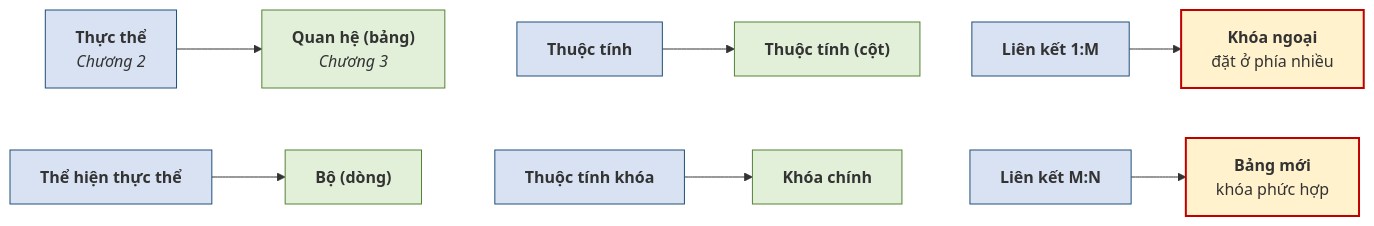
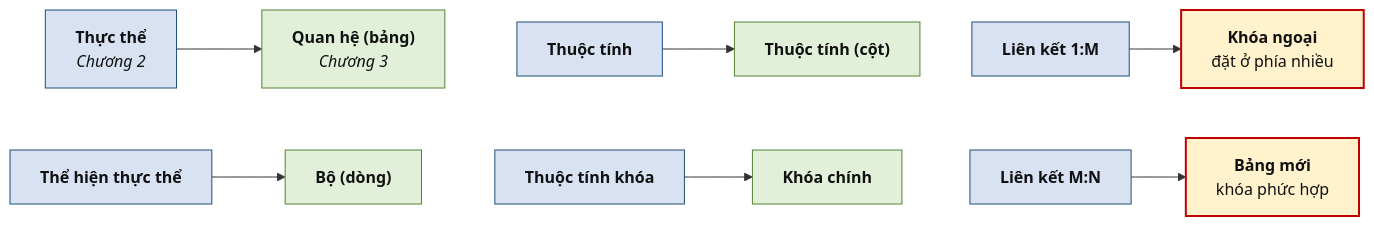
One commit to CuongNguyenDAU/csdl-dbs201 changed the diagram in docs/chuong-3/3-1-quan-he-bo-thuoc-tinh-va-mien-gia-tri.md. Above: the diagram before and after it, drawn with Mermaid. The commit also changed other lines of this file and 123 other files, not shown here.

Commit message:
Cập nhật bài giảng v7: sơ đồ ER ký pháp Chen, hình minh họa tự vẽ, mở rộng toàn diện Chương 5 và bổ sung lời giải A4, B5

````diff
--- a/docs/chuong-3/3-1-quan-he-bo-thuoc-tinh-va-mien-gia-tri.md
+++ b/docs/chuong-3/3-1-quan-he-bo-thuoc-tinh-va-mien-gia-tri.md
@@ -132,25 +128,25 @@
 ```mermaid
 flowchart LR
     E1["<b>Thực thể</b><br/><i>Chương 2</i>"] --> R1["<b>Quan hệ (bảng)</b><br/><i>Chương 3</i>"]
     E2["<b>Thể hiện thực thể</b>"] --> R2["<b>Bộ (dòng)</b>"]
     E3["<b>Thuộc tính</b>"] --> R3["<b>Thuộc tính (cột)</b>"]
     E4["<b>Thuộc tính khóa</b>"] --> R4["<b>Khóa chính</b>"]
     E5["<b>Liên kết 1:M</b>"] --> R5["<b>Khóa ngoại</b><br/>đặt ở phía nhiều"]
     E6["<b>Liên kết M:N</b>"] --> R6["<b>Bảng mới</b><br/>khóa phức hợp"]
     R1 ~~~ E3
     R3 ~~~ E5
     R2 ~~~ E4
     R4 ~~~ E6
-    style E1 fill:#D9E2F3,stroke:#1F4E79
-    style E2 fill:#D9E2F3,stroke:#1F4E79
-    style E3 fill:#D9E2F3,stroke:#1F4E79
-    style E4 fill:#D9E2F3,stroke:#1F4E79
-    style E5 fill:#D9E2F3,stroke:#1F4E79
-    style E6 fill:#D9E2F3,stroke:#1F4E79
-    style R1 fill:#E2F0D9,stroke:#548235
-    style R2 fill:#E2F0D9,stroke:#548235
-    style R3 fill:#E2F0D9,stroke:#548235
-    style R4 fill:#E2F0D9,stroke:#548235
-    style R5 fill:#FFF2CC,stroke:#C00000,stroke-width:2px
-    style R6 fill:#FFF2CC,stroke:#C00000,stroke-width:2px
+    style E1 fill:#D9E2F3,stroke:#1F4E79,color:#111111
+    style E2 fill:#D9E2F3,stroke:#1F4E79,color:#111111
+    style E3 fill:#D9E2F3,stroke:#1F4E79,color:#111111
+    style E4 fill:#D9E2F3,stroke:#1F4E79,color:#111111
+    style E5 fill:#D9E2F3,stroke:#1F4E79,color:#111111
+    style E6 fill:#D9E2F3,stroke:#1F4E79,color:#111111
+    style R1 fill:#E2F0D9,stroke:#548235,color:#111111
+    style R2 fill:#E2F0D9,stroke:#548235,color:#111111
+    style R3 fill:#E2F0D9,stroke:#548235,color:#111111
+    style R4 fill:#E2F0D9,stroke:#548235,color:#111111
+    style R5 fill:#FFF2CC,stroke:#C00000,stroke-width:2px,color:#111111
+    style R6 fill:#FFF2CC,stroke:#C00000,stroke-width:2px,color:#111111
 ```
````
